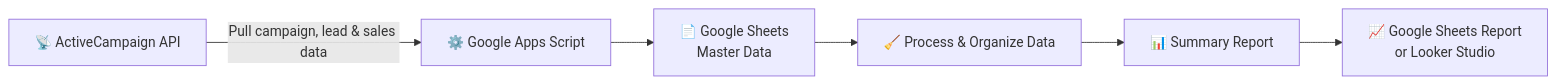
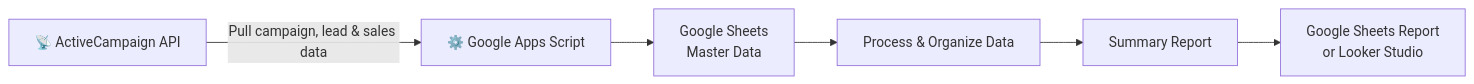
The diagram in README.md (mitchsanchez29/reporting-analytics), drawn with Mermaid before and after one commit. The commit also changed other lines of this file, not shown here.

````diff
--- a/README.md
+++ b/README.md
@@ -169,14 +177,14 @@
 ```mermaid
 flowchart LR
 
 A["📡 ActiveCampaign API"] -->|Pull campaign, lead & sales data| B["⚙️ Google Apps Script"]
 
-B --> C["📄 Google Sheets<br/>Master Data"]
+B --> C[" Google Sheets<br/>Master Data"]
 
-C --> D["🧹 Process & Organize Data"]
+C --> D[" Process & Organize Data"]
 
-D --> E["📊 Summary Report"]
+D --> E[" Summary Report"]
 
-E --> F["📈 Google Sheets Report<br/>or Looker Studio"]
+E --> F[" Google Sheets Report<br/>or Looker Studio"]
 
 ```
````
